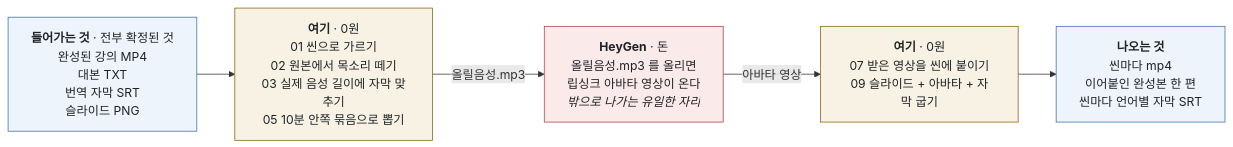
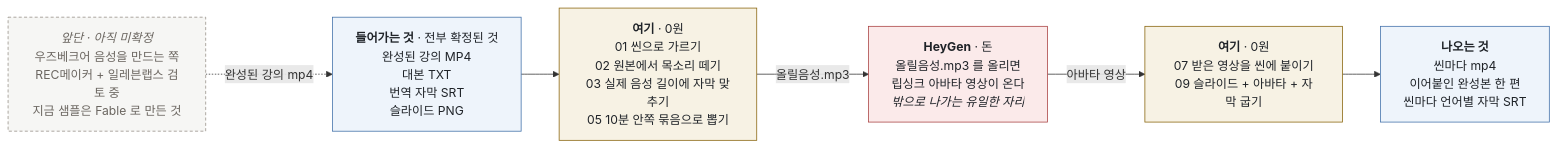
Before and after one commit to leedonwoo2827-ship-it/avatar-lecture: the diagram in README.md, drawn with Mermaid. The commit also changed other lines of this file, not shown here.

````diff
--- a/README.md
+++ b/README.md
@@ -14,20 +20,24 @@
 ```mermaid
 flowchart LR
+    UP["<i>앞단 · 아직 미확정</i><br/>우즈베크어 음성을 만드는 쪽<br/>REC메이커 + 일레븐랩스 검토 중<br/>지금 샘플은 Fable 로 만든 것"]
     IN["<b>들어가는 것</b> · 전부 확정된 것<br/>완성된 강의 MP4<br/>대본 TXT<br/>번역 자막 SRT<br/>슬라이드 PNG"]
     ME1["<b>여기</b> · 0원<br/>01 씬으로 가르기<br/>02 원본에서 목소리 떼기<br/>03 실제 음성 길이에 자막 맞추기<br/>05 10분 안쪽 묶음으로 뽑기"]
     HG["<b>HeyGen</b> · 돈<br/>올릴음성.mp3 를 올리면<br/>립싱크 아바타 영상이 온다<br/><i>밖으로 나가는 유일한 자리</i>"]
     ME2["<b>여기</b> · 0원<br/>07 받은 영상을 씬에 붙이기<br/>09 슬라이드 + 아바타 + 자막 굽기"]
     OUT["<b>나오는 것</b><br/>씬마다 mp4<br/>이어붙인 완성본 한 편<br/>씬마다 언어별 자막 SRT"]
 
+    UP -.->|"완성된 강의 mp4"| IN
     IN --> ME1
     ME1 -->|"올릴음성.mp3"| HG
     HG -->|"아바타 영상"| ME2
     ME2 --> OUT
 
     classDef mine fill:#f7f2e4,stroke:#876209,color:#1f2328
     classDef edge fill:#eef4fb,stroke:#3f6ea8,color:#1f2328
     classDef paid fill:#fbeaea,stroke:#a83f3f,color:#1f2328
+    classDef todo fill:#f6f6f4,stroke:#948e86,color:#6b6660,stroke-dasharray:4 3
+    class UP todo
     class IN,OUT edge
     class ME1,ME2 mine
     class HG paid
 ```
````
